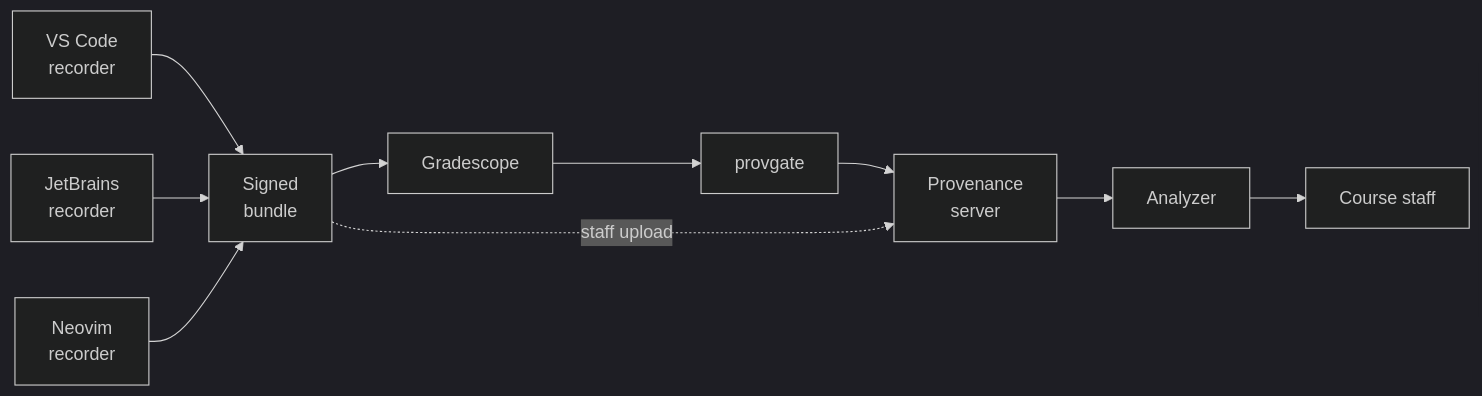
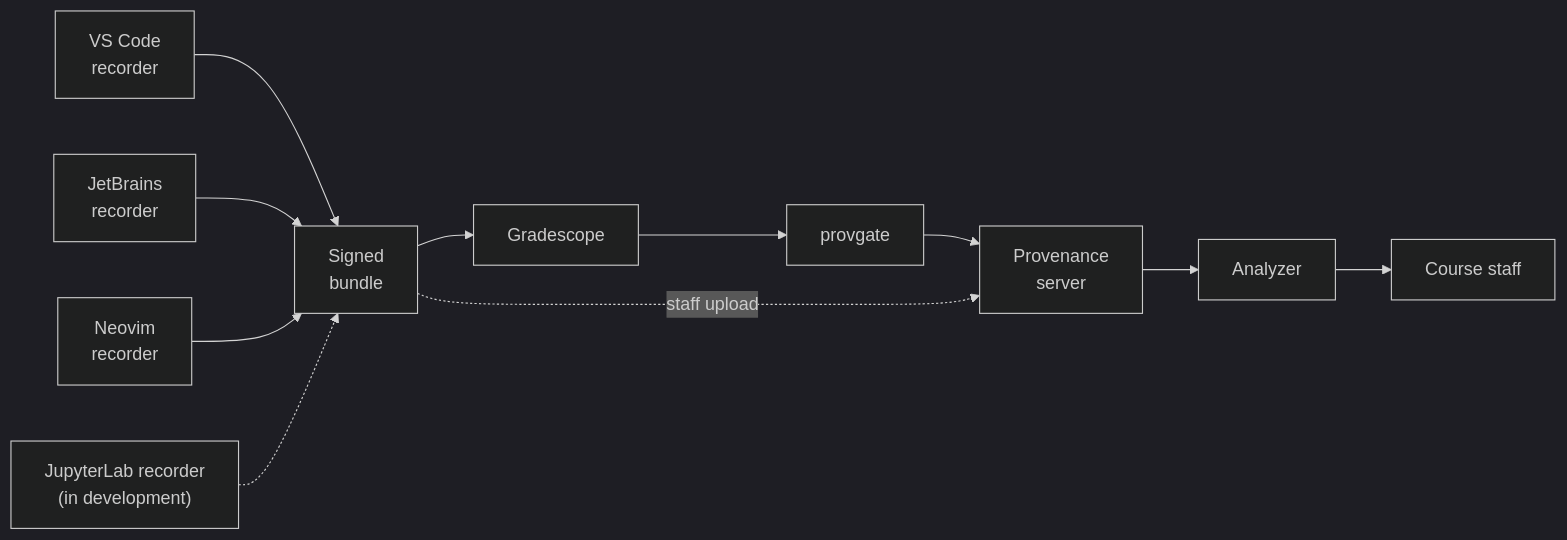
The diagram in profile/README.md (ProvenanceTools/.github), drawn with Mermaid (dark theme) before and after one commit. The commit also changed other lines of this file, not shown here.

Commit message:
docs(profile): add provenance-jupyter-recorder (in development)
Add the JupyterLab recorder to the family diagram (dashed, marked in
development) and to the repo table.

````diff
--- a/profile/README.md
+++ b/profile/README.md
@@ -18,12 +18,13 @@
 ```mermaid
 flowchart LR
   VSC["VS Code<br/>recorder"] --> BUN["Signed<br/>bundle"]
   JET["JetBrains<br/>recorder"] --> BUN
   NVM["Neovim<br/>recorder"] --> BUN
+  JUP["JupyterLab recorder<br/>(in development)"] -.-> BUN
   BUN --> GRD["Gradescope"]
   GRD --> PGT["provgate"]
   PGT --> SRV["Provenance<br/>server"]
   BUN -. "staff upload" .-> SRV
   SRV --> ANL["Analyzer"]
   ANL --> STF["Course staff"]
 ```
````
